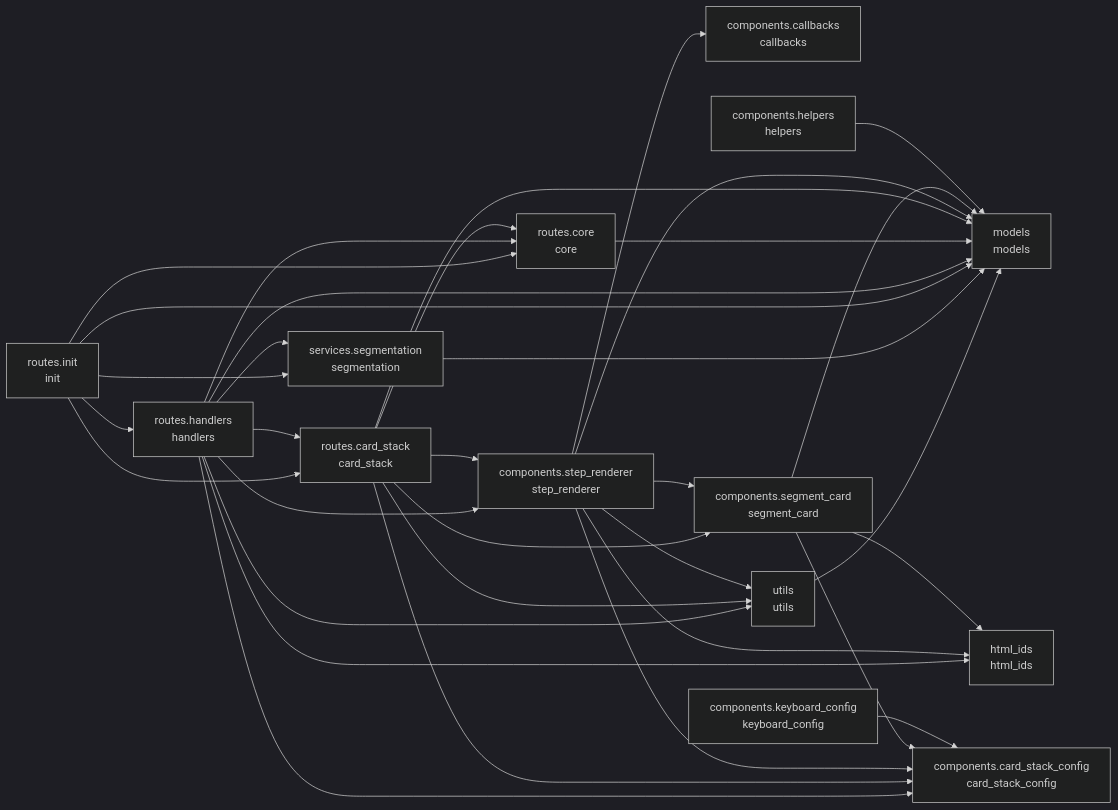
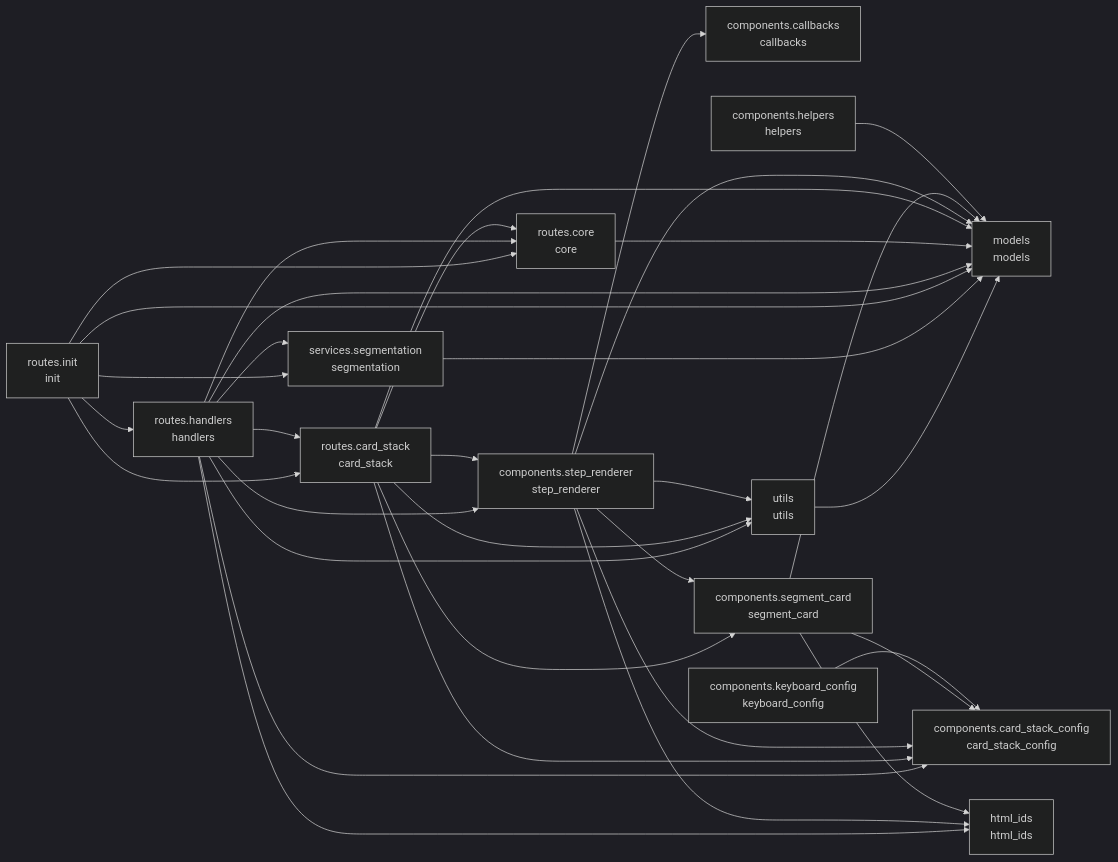
The diagram in README.md (cj-mills/cjm-transcript-segmentation), drawn with Mermaid (dark theme) before and after one commit. The commit also changed other lines of this file and 5 other files, not shown here.

````diff
--- a/README.md
+++ b/README.md
@@ -37,51 +37,51 @@
 ``` mermaid
 graph LR
     components_callbacks[components.callbacks<br/>callbacks]
     components_card_stack_config[components.card_stack_config<br/>card_stack_config]
     components_helpers[components.helpers<br/>helpers]
     components_keyboard_config[components.keyboard_config<br/>keyboard_config]
     components_segment_card[components.segment_card<br/>segment_card]
     components_step_renderer[components.step_renderer<br/>step_renderer]
     html_ids[html_ids<br/>html_ids]
     models[models<br/>models]
     routes_card_stack[routes.card_stack<br/>card_stack]
     routes_core[routes.core<br/>core]
     routes_handlers[routes.handlers<br/>handlers]
     routes_init[routes.init<br/>init]
     services_segmentation[services.segmentation<br/>segmentation]
     utils[utils<br/>utils]
 
     components_helpers --> models
     components_keyboard_config --> components_card_stack_config
     components_segment_card --> models
+    components_segment_card --> components_card_stack_config
     components_segment_card --> html_ids
-    components_segment_card --> components_card_stack_config
+    components_step_renderer --> models
     components_step_renderer --> utils
-    components_step_renderer --> models
+    components_step_renderer --> components_card_stack_config
+    components_step_renderer --> components_segment_card
+    components_step_renderer --> html_ids
     components_step_renderer --> components_callbacks
-    components_step_renderer --> html_ids
-    components_step_renderer --> components_segment_card
-    components_step_renderer --> components_card_stack_config
     routes_card_stack --> routes_core
     routes_card_stack --> utils
+    routes_card_stack --> components_card_stack_config
+    routes_card_stack --> components_segment_card
+    routes_card_stack --> components_step_renderer
     routes_card_stack --> models
-    routes_card_stack --> components_step_renderer
-    routes_card_stack --> components_segment_card
-    routes_card_stack --> components_card_stack_config
     routes_core --> models
     routes_handlers --> routes_core
+    routes_handlers --> routes_card_stack
+    routes_handlers --> services_segmentation
     routes_handlers --> models
-    routes_handlers --> utils
-    routes_handlers --> services_segmentation
+    routes_handlers --> components_card_stack_config
     routes_handlers --> components_step_renderer
     routes_handlers --> html_ids
-    routes_handlers --> components_card_stack_config
-    routes_handlers --> routes_card_stack
+    routes_handlers --> utils
+    routes_init --> routes_core
     routes_init --> routes_handlers
+    routes_init --> models
     routes_init --> services_segmentation
-    routes_init --> models
-    routes_init --> routes_core
     routes_init --> routes_card_stack
     services_segmentation --> models
     utils --> models
 ```
````
